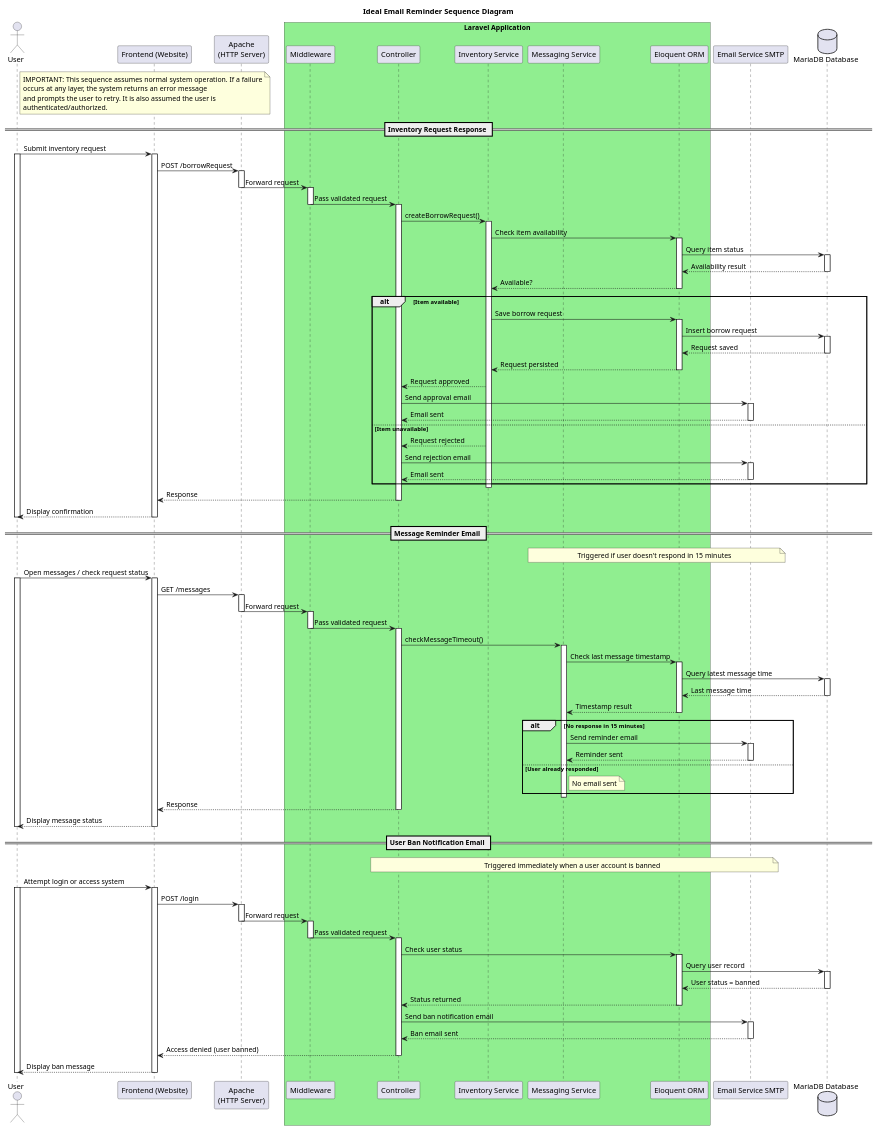
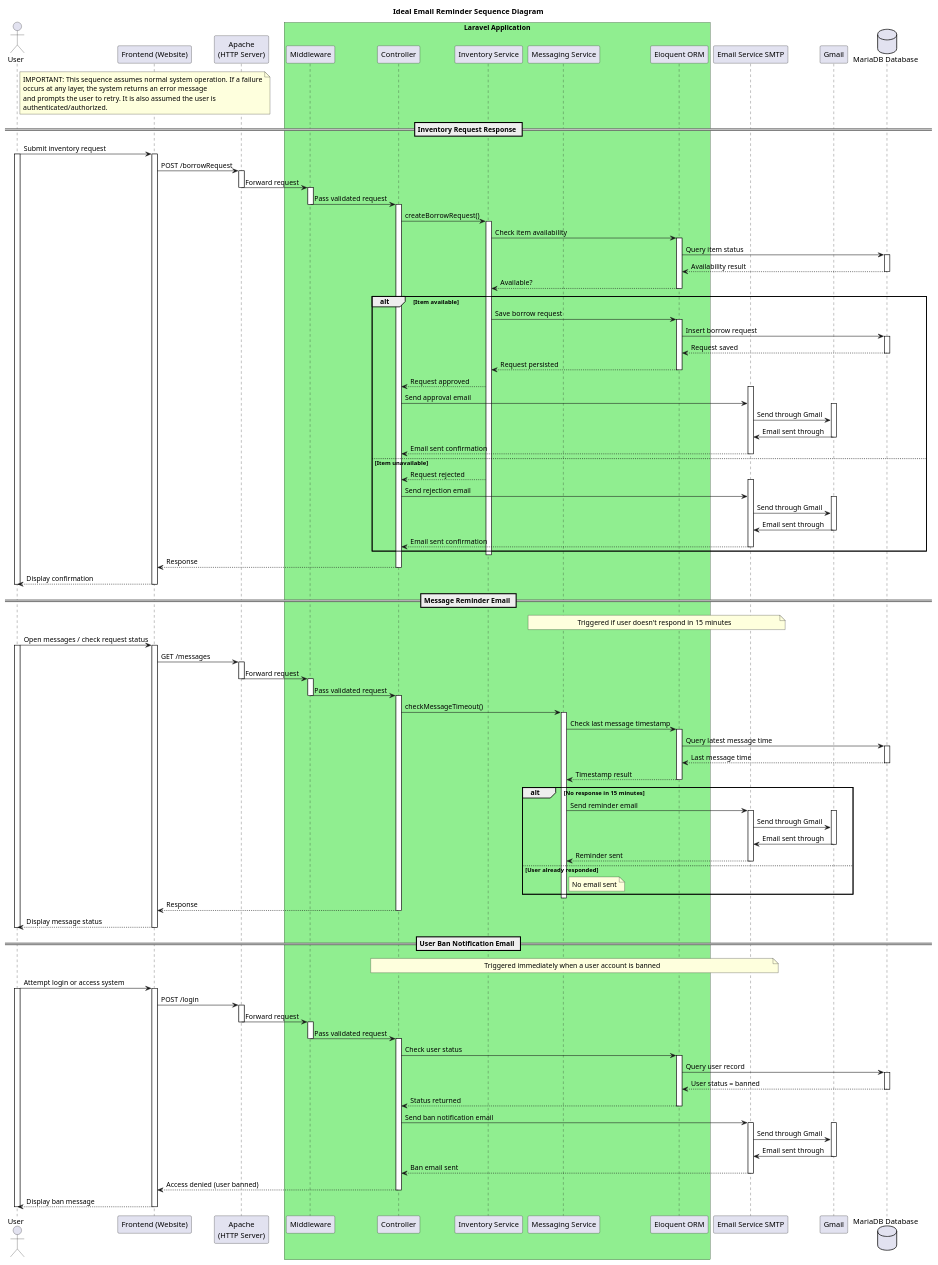
One commit to JanPerez35/PlantUML changed the diagram in sequenceDiagrams/Email_Notification_Report_Sequence_Diagram.puml. Above: the diagram before and after it, drawn with PlantUML.

Commit message:
Fixed Email Sequence

```diff
--- a/sequenceDiagrams/Email_Notification_Report_Sequence_Diagram.puml
+++ b/sequenceDiagrams/Email_Notification_Report_Sequence_Diagram.puml
@@ -1,175 +1,193 @@
 @startuml
 
 title Ideal Email Reminder Sequence Diagram
 
 actor User
 
 participant "Frontend (Website)" as FE
 participant "Apache\n(HTTP Server)" as Apache
 
 box "Laravel Application" #LightGreen
   participant "Middleware" as MW
   participant "Controller" as C
   participant "Inventory Service" as Service
   participant "Messaging Service" as MessageService
   participant "Eloquent ORM" as ORM
 end box
 
 participant "Email Service SMTP" as Email
+participant "Gmail" as Gmail
 database "MariaDB Database" as DB
 
 note right of User
 IMPORTANT: This sequence assumes normal system operation. If a failure
 occurs at any layer, the system returns an error message
 and prompts the user to retry. It is also assumed the user is
 authenticated/authorized.
 end note
 
 
 == Inventory Request Response ==
 User -> FE: Submit inventory request
 activate User
 activate FE
 
 FE -> Apache: POST /borrowRequest
 activate Apache
 Apache -> MW: Forward request
 deactivate Apache
 
 activate MW
 MW -> C: Pass validated request
 deactivate MW
 
 activate C
 C -> Service: createBorrowRequest()
 activate Service
 
 Service -> ORM: Check item availability
 activate ORM
 ORM -> DB: Query item status
 activate DB
 DB --> ORM: Availability result
 deactivate DB
 ORM --> Service: Available?
 deactivate ORM
 
 alt Item available
     Service -> ORM: Save borrow request
     activate ORM
     ORM -> DB: Insert borrow request
     activate DB
     DB --> ORM: Request saved
     deactivate DB
     ORM --> Service: Request persisted
     deactivate ORM
 
     Service --> C: Request approved
+     activate Email
     C -> Email: Send approval email
-    activate Email
-    Email --> C: Email sent
+    activate Gmail
+    Email -> Gmail: Send through Gmail
+    Gmail -> Email: Email sent through
+    deactivate Gmail
+    Email --> C: Email sent confirmation
     deactivate Email
 
 else Item unavailable
     Service --> C: Request rejected
+    activate Email
     C -> Email: Send rejection email
-    activate Email
-    Email --> C: Email sent
+     activate Gmail
+    Email -> Gmail: Send through Gmail
+    Gmail -> Email: Email sent through
+    deactivate Gmail
+    
+    Email --> C: Email sent confirmation
     deactivate Email
 end
 
 deactivate Service
 C --> FE: Response
 deactivate C
 
 FE --> User: Display confirmation
 deactivate FE
 deactivate User
 
 
 == Message Reminder Email ==
 note over MessageService,Email: Triggered if user doesn't respond in 15 minutes
 
 User -> FE: Open messages / check request status
 activate User
 activate FE
 
 FE -> Apache: GET /messages
 activate Apache
 Apache -> MW: Forward request
 deactivate Apache
 
 activate MW
 MW -> C: Pass validated request
 deactivate MW
 
 activate C
 C -> MessageService: checkMessageTimeout()
 activate MessageService
 
 MessageService -> ORM: Check last message timestamp
 activate ORM
 ORM -> DB: Query latest message time
 activate DB
 DB --> ORM: Last message time
 deactivate DB
 ORM --> MessageService: Timestamp result
 deactivate ORM
 
 alt No response in 15 minutes
     MessageService -> Email: Send reminder email
     activate Email
+     activate Gmail
+    Email -> Gmail: Send through Gmail
+    Gmail -> Email: Email sent through
+    deactivate Gmail
     Email --> MessageService: Reminder sent
     deactivate Email
 else User already responded
     note right of MessageService: No email sent
 end
 
 deactivate MessageService
 C --> FE: Response
 deactivate C
 
 FE --> User: Display message status
 deactivate FE
 deactivate User
 
 
 == User Ban Notification Email ==
 
 note over C,Email: Triggered immediately when a user account is banned
 
 User -> FE: Attempt login or access system
 activate User
 activate FE
 
 FE -> Apache: POST /login
 activate Apache
 Apache -> MW: Forward request
 deactivate Apache
 
 activate MW
 MW -> C: Pass validated request
 deactivate MW
 
 activate C
 C -> ORM: Check user status
 activate ORM
 ORM -> DB: Query user record
 activate DB
 DB --> ORM: User status = banned
 deactivate DB
 ORM --> C: Status returned
 deactivate ORM
 
 C -> Email: Send ban notification email
 activate Email
+ activate Gmail
+    Email -> Gmail: Send through Gmail
+    Gmail -> Email: Email sent through
+    deactivate Gmail
 Email --> C: Ban email sent
 deactivate Email
 
 C --> FE: Access denied (user banned)
 deactivate C
 
 FE --> User: Display ban message
 deactivate FE
 deactivate User
 
 @enduml
```
